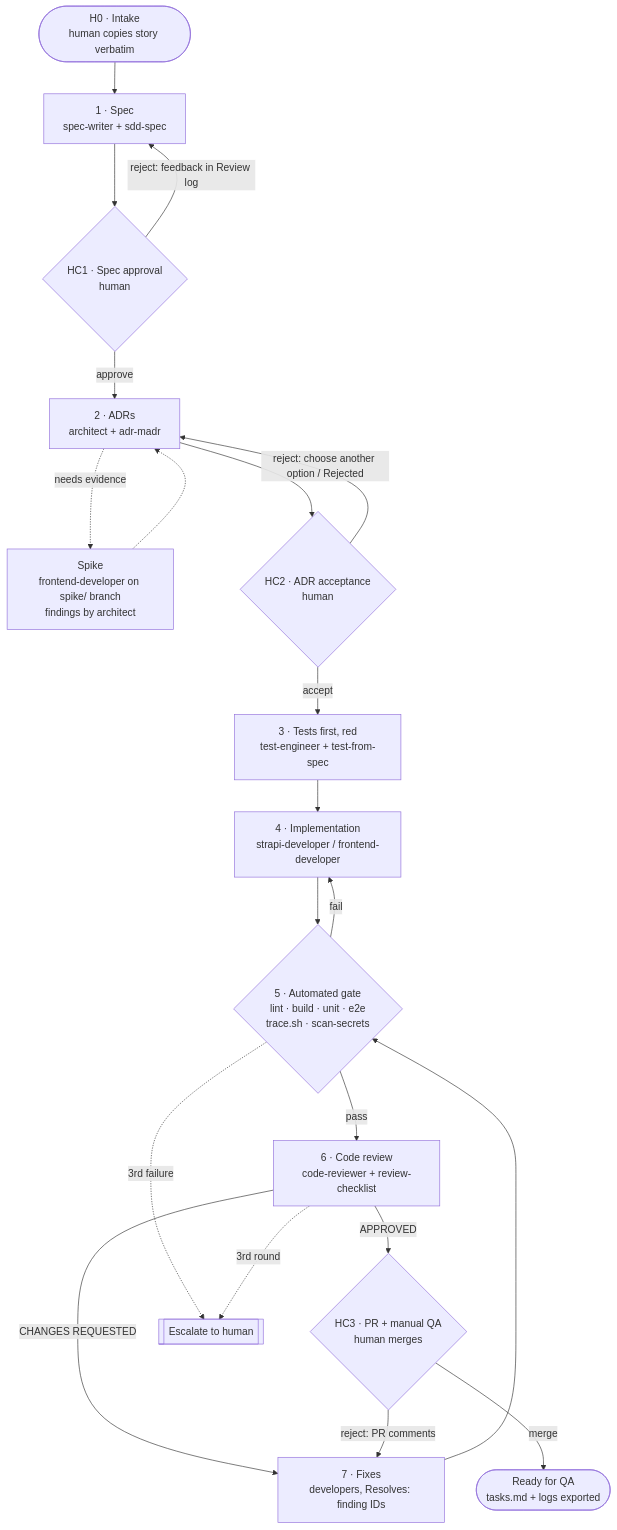
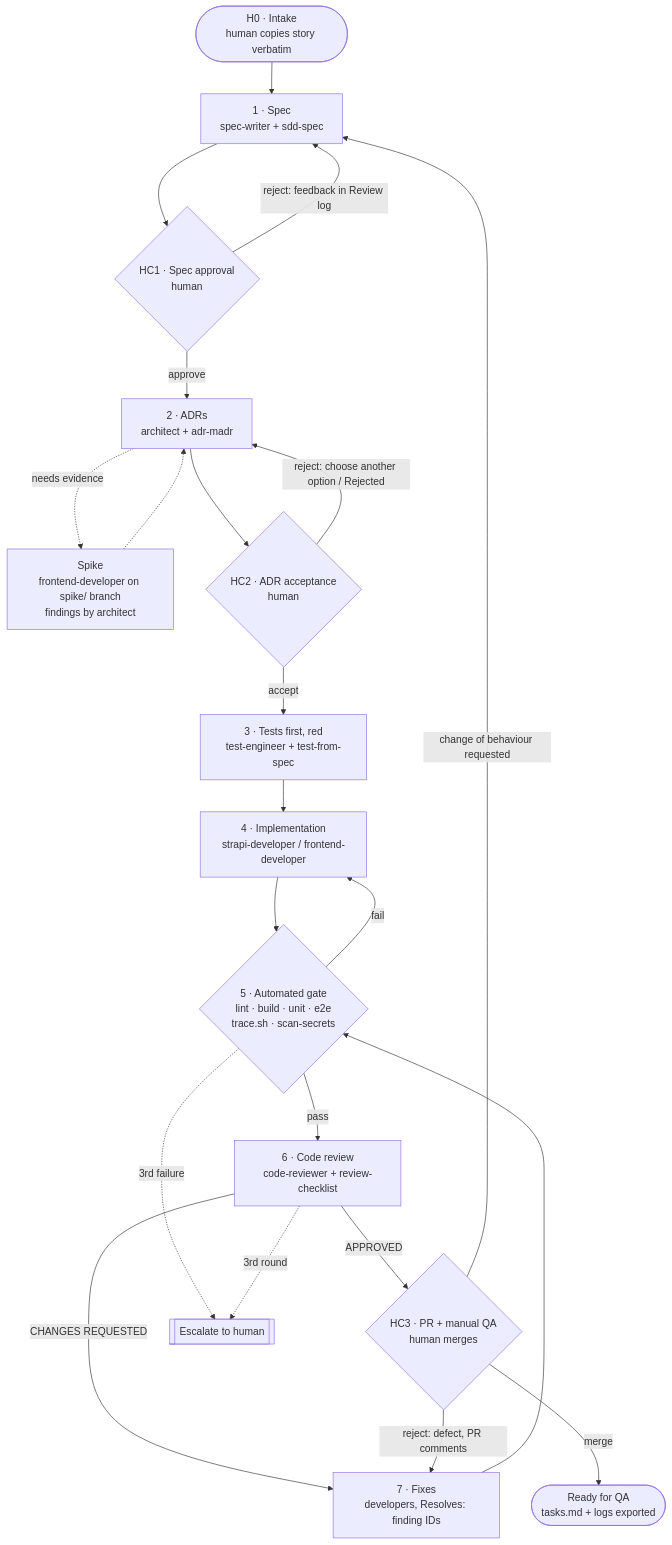
The diagram in FLOW.md (FelipeSuarez25/multicountry-car-insurance), drawn with Mermaid before and after one commit. The commit also changed other lines of this file and 1 other file, not shown here.

Commit message:
docs: HC3 change-of-behaviour path in the flow diagram and table; note the redacted session logs in the README

````diff
--- a/FLOW.md
+++ b/FLOW.md
@@ -61,23 +61,24 @@
 ```mermaid
 flowchart TD
     H0([H0 · Intake<br/>human copies story verbatim]) --> S1[1 · Spec<br/>spec-writer + sdd-spec]
     S1 --> HC1{HC1 · Spec approval<br/>human}
     HC1 -- reject: feedback in Review log --> S1
     HC1 -- approve --> S2[2 · ADRs<br/>architect + adr-madr]
     S2 -. needs evidence .-> SP[Spike<br/>frontend-developer on spike/ branch<br/>findings by architect]
     SP -.-> S2
     S2 --> HC2{HC2 · ADR acceptance<br/>human}
     HC2 -- reject: choose another option / Rejected --> S2
     HC2 -- accept --> S3[3 · Tests first, red<br/>test-engineer + test-from-spec]
     S3 --> S4[4 · Implementation<br/>strapi-developer / frontend-developer]
     S4 --> S5{5 · Automated gate<br/>lint · build · unit · e2e<br/>trace.sh · scan-secrets}
     S5 -- fail --> S4
     S5 -- pass --> S6[6 · Code review<br/>code-reviewer + review-checklist]
     S6 -- CHANGES REQUESTED --> S7[7 · Fixes<br/>developers, Resolves: finding IDs]
     S7 --> S5
     S6 -- APPROVED --> HC3{HC3 · PR + manual QA<br/>human merges}
-    HC3 -- reject: PR comments --> S7
+    HC3 -- reject: defect, PR comments --> S7
+    HC3 -- change of behaviour requested --> S1
     HC3 -- merge --> QA([Ready for QA<br/>tasks.md + logs exported])
     S5 -. 3rd failure .-> ESC[[Escalate to human]]
     S6 -. 3rd round .-> ESC
 ```
````
